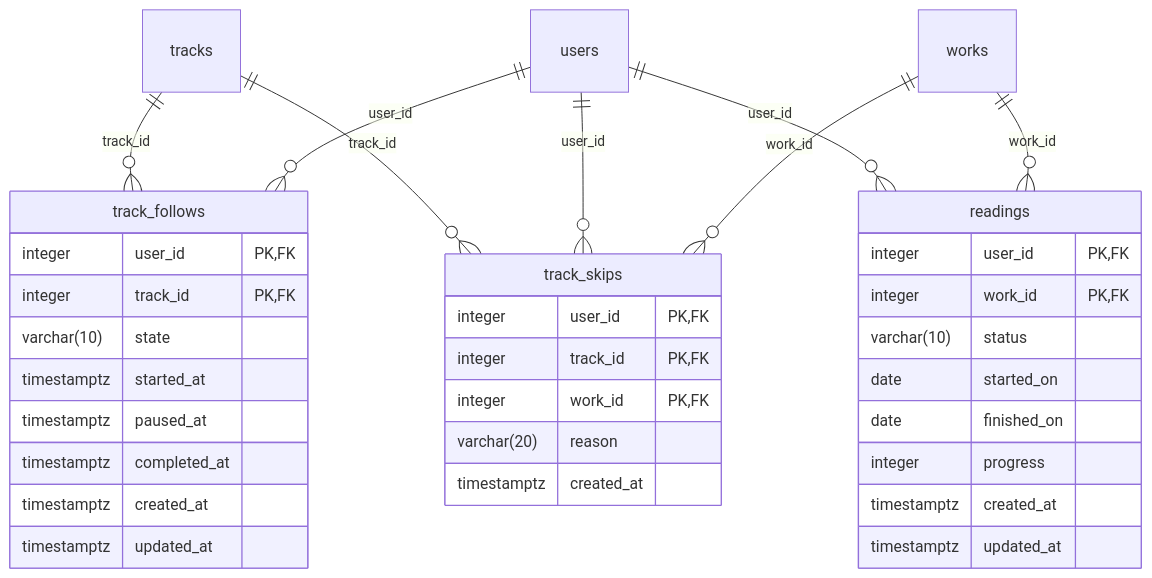
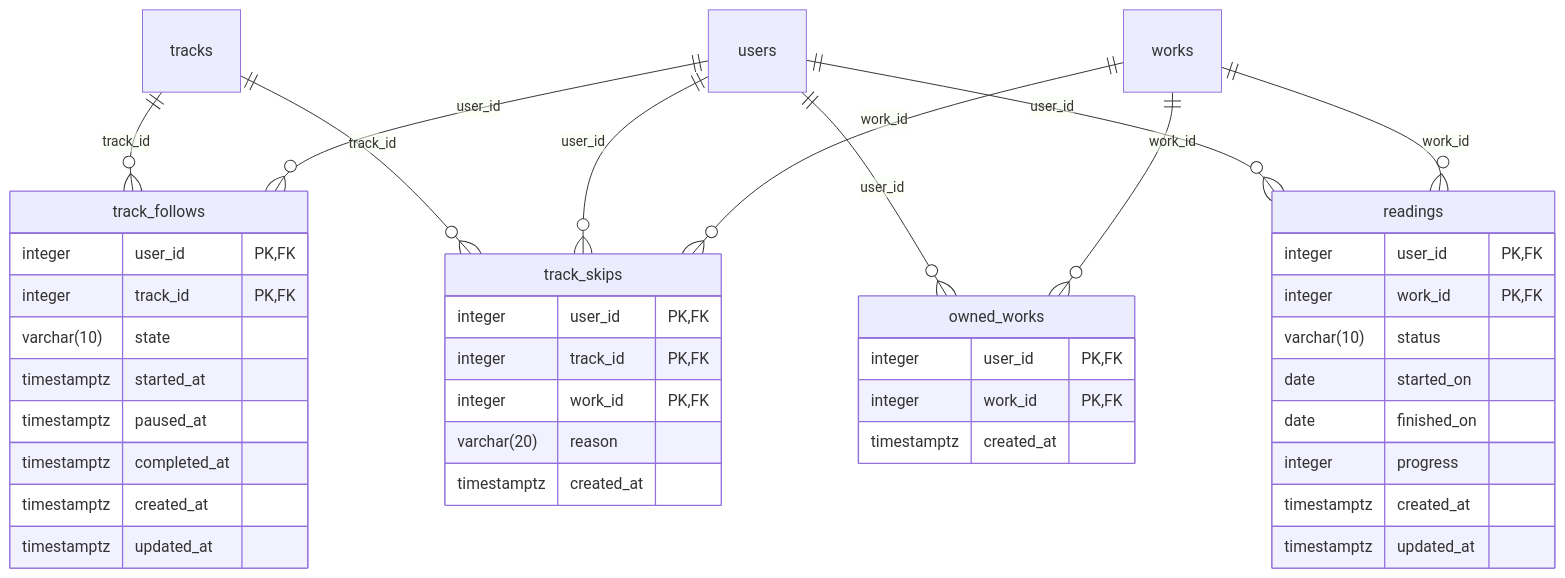
Before and after one commit to jerwieser/openread: the seventh of 10 diagrams in DATAMODEL.md, drawn with Mermaid. The commit also changed other lines of this file, not shown here.

Commit message:
update erd

````diff
--- a/DATAMODEL.md
+++ b/DATAMODEL.md
@@ -255,40 +258,47 @@
 ```mermaid
 erDiagram
+  owned_works {
+    integer user_id PK,FK
+    integer work_id PK,FK
+    timestamptz created_at
+  }
   readings {
     integer user_id PK,FK
     integer work_id PK,FK
     varchar(10) status
     date started_on
     date finished_on
     integer progress
     timestamptz created_at
     timestamptz updated_at
   }
   track_follows {
     integer user_id PK,FK
     integer track_id PK,FK
     varchar(10) state
     timestamptz started_at
     timestamptz paused_at
     timestamptz completed_at
     timestamptz created_at
     timestamptz updated_at
   }
   track_skips {
     integer user_id PK,FK
     integer track_id PK,FK
     integer work_id PK,FK
     varchar(20) reason
     timestamptz created_at
   }
   tracks
   users
   works
+  users ||--o{ owned_works : "user_id"
+  works ||--o{ owned_works : "work_id"
   users ||--o{ readings : "user_id"
   works ||--o{ readings : "work_id"
   tracks ||--o{ track_follows : "track_id"
   users ||--o{ track_follows : "user_id"
   tracks ||--o{ track_skips : "track_id"
   users ||--o{ track_skips : "user_id"
   works ||--o{ track_skips : "work_id"
 ```
````
